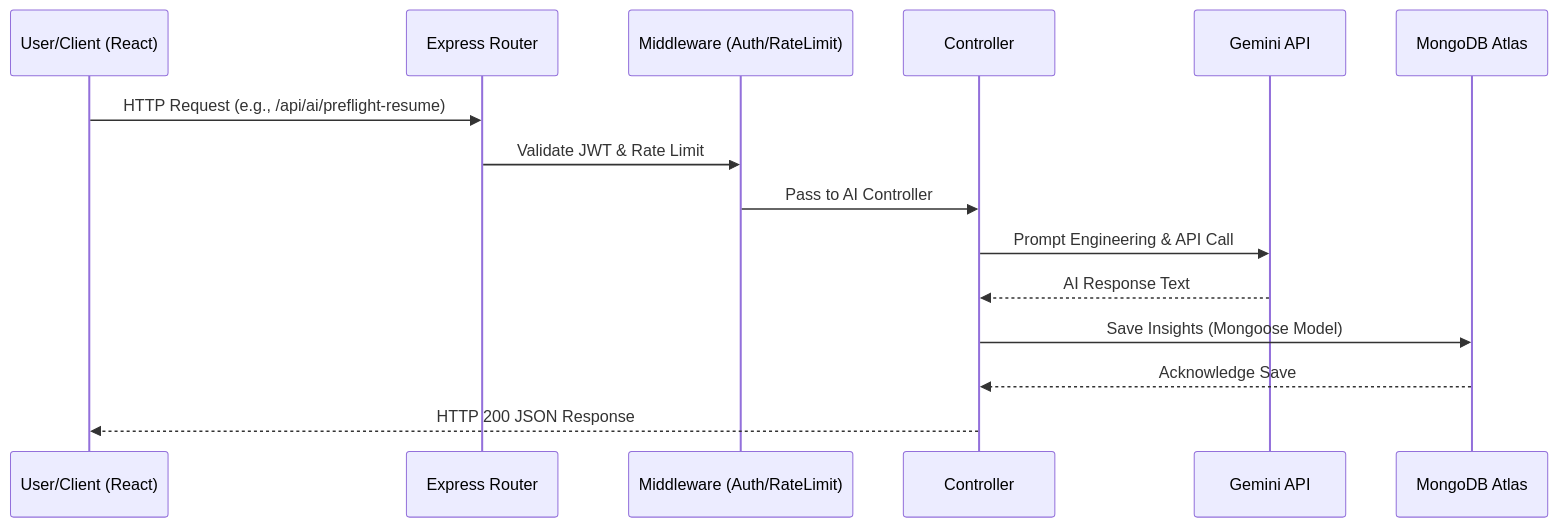
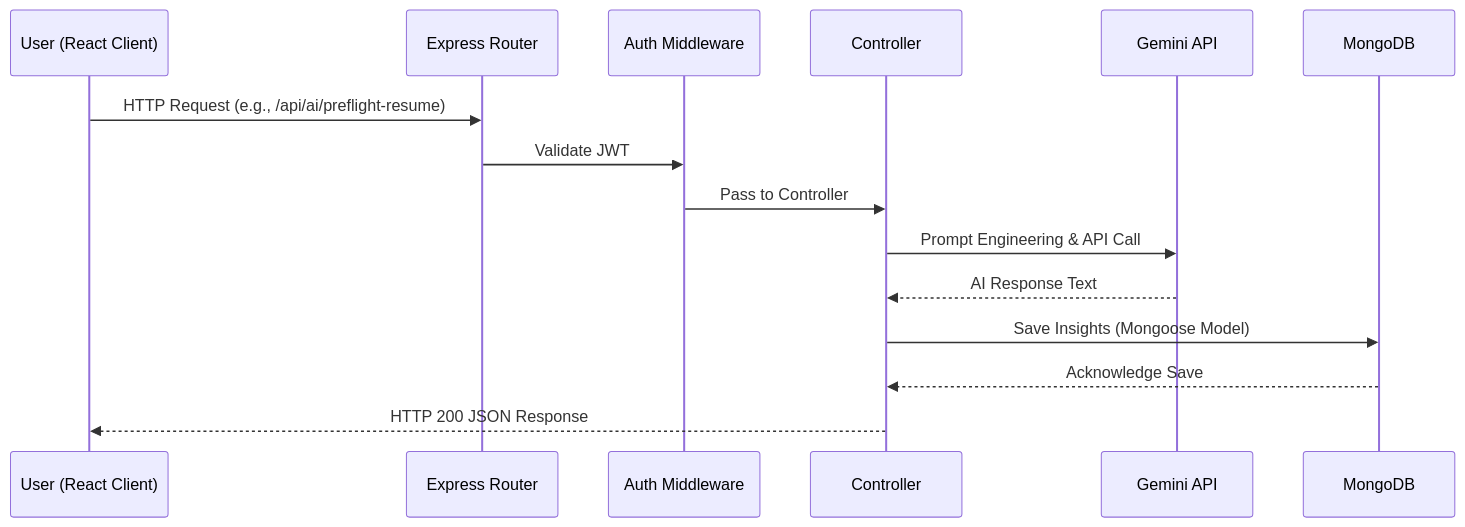
The diagram in README.md (sandeep-kumar-270904/my-personal-tracking-system-), drawn with Mermaid before and after one commit. The commit also changed other lines of this file, not shown here.

````diff
--- a/README.md
+++ b/README.md
@@ -143,18 +48,18 @@
 ```mermaid
 sequenceDiagram
-    participant U as User/Client (React)
+    participant U as User (React Client)
     participant E as Express Router
-    participant M as Middleware (Auth/RateLimit)
+    participant M as Auth Middleware
     participant C as Controller
     participant AI as Gemini API
-    participant DB as MongoDB Atlas
+    participant DB as MongoDB
 
     U->>E: HTTP Request (e.g., /api/ai/preflight-resume)
-    E->>M: Validate JWT & Rate Limit
-    M->>C: Pass to AI Controller
+    E->>M: Validate JWT
+    M->>C: Pass to Controller
     C->>AI: Prompt Engineering & API Call
     AI-->>C: AI Response Text
     C->>DB: Save Insights (Mongoose Model)
     DB-->>C: Acknowledge Save
     C-->>U: HTTP 200 JSON Response
 ```
````
